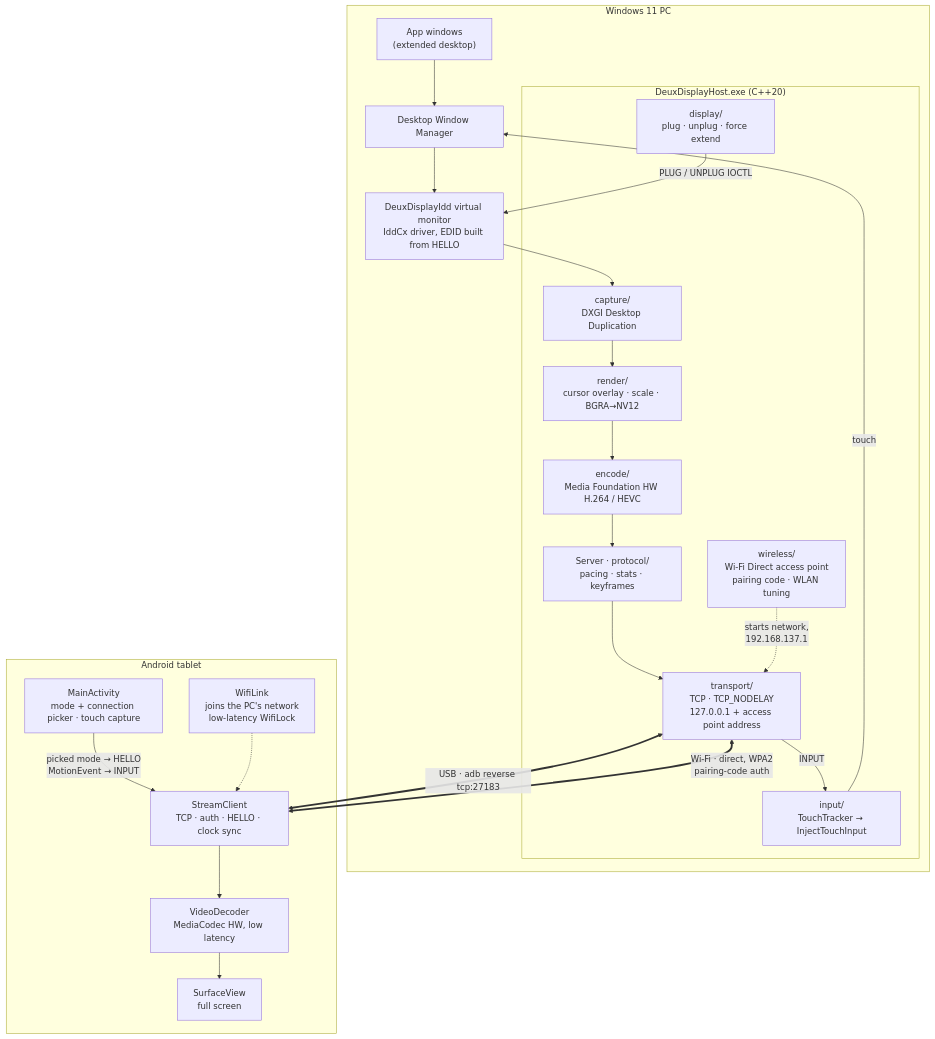
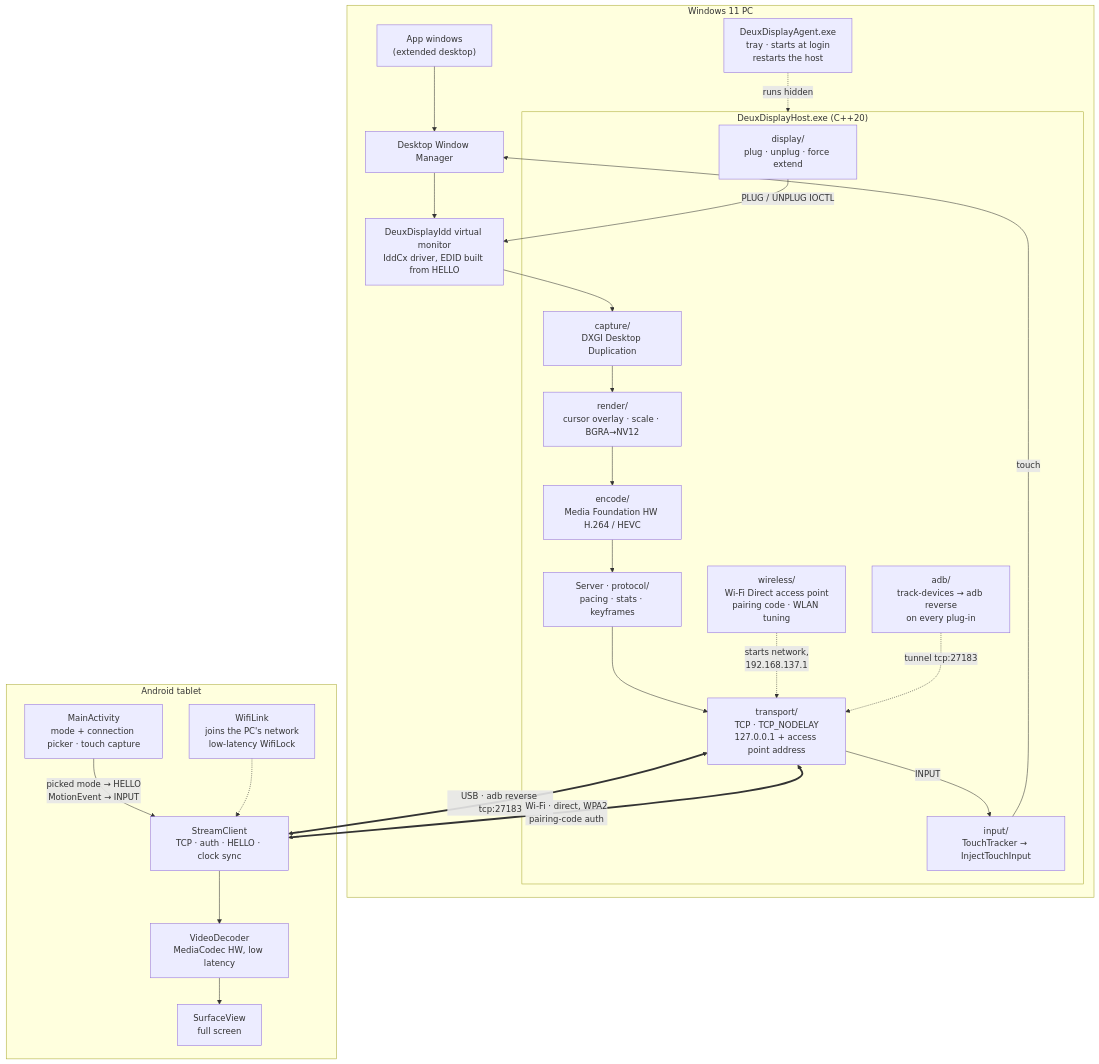
One commit to zengarv/DeuxDisplay changed the first of 5 diagrams in README.md. Above: the diagram before and after it, drawn with Mermaid. The commit also changed other lines of this file and 4 other files, not shown here.

````diff
--- a/README.md
+++ b/README.md
@@ -28,34 +28,37 @@
 ```mermaid
 flowchart TB
     subgraph PC["Windows 11 PC"]
         Apps["App windows<br/>(extended desktop)"] --> DWM["Desktop Window Manager"]
         DWM --> Monitor["DeuxDisplayIdd virtual monitor<br/>IddCx driver, EDID built from HELLO"]
+        Agent["DeuxDisplayAgent.exe<br/>tray · starts at login<br/>restarts the host"] -. "runs hidden" .-> Host
         subgraph Host["DeuxDisplayHost.exe (C++20)"]
             Display["display/<br/>plug · unplug · force extend"]
             Capture["capture/<br/>DXGI Desktop Duplication"]
             Render["render/<br/>cursor overlay · scale · BGRA→NV12"]
             Encode["encode/<br/>Media Foundation HW H.264 / HEVC"]
             Server["Server · protocol/<br/>pacing · stats · keyframes"]
             Input["input/<br/>TouchTracker → InjectTouchInput"]
             Tcp["transport/<br/>TCP · TCP_NODELAY<br/>127.0.0.1 + access point address"]
             Wireless["wireless/<br/>Wi-Fi Direct access point<br/>pairing code · WLAN tuning"]
+            Adb["adb/<br/>track-devices → adb reverse<br/>on every plug-in"]
             Capture --> Render --> Encode --> Server --> Tcp
             Tcp -- "INPUT" --> Input
             Wireless -. "starts network,<br/>192.168.137.1" .-> Tcp
+            Adb -. "tunnel tcp:27183" .-> Tcp
         end
         Display -- "PLUG / UNPLUG IOCTL" --> Monitor
         Monitor --> Capture
         Input -- "touch" --> DWM
     end
 
     Tcp <== "USB · adb reverse tcp:27183" ==> Client
     Tcp <== "Wi-Fi · direct, WPA2<br/>pairing-code auth" ==> Client
 
     subgraph Tablet["Android tablet"]
         Client["StreamClient<br/>TCP · auth · HELLO · clock sync"] --> Decoder["VideoDecoder<br/>MediaCodec HW, low latency"]
         Decoder --> Surface["SurfaceView<br/>full screen"]
         UI["MainActivity<br/>mode + connection picker · touch capture"]
         UI -- "picked mode → HELLO<br/>MotionEvent → INPUT" --> Client
         Link["WifiLink<br/>joins the PC's network<br/>low-latency WifiLock"] -.-> Client
     end
 ```
````
